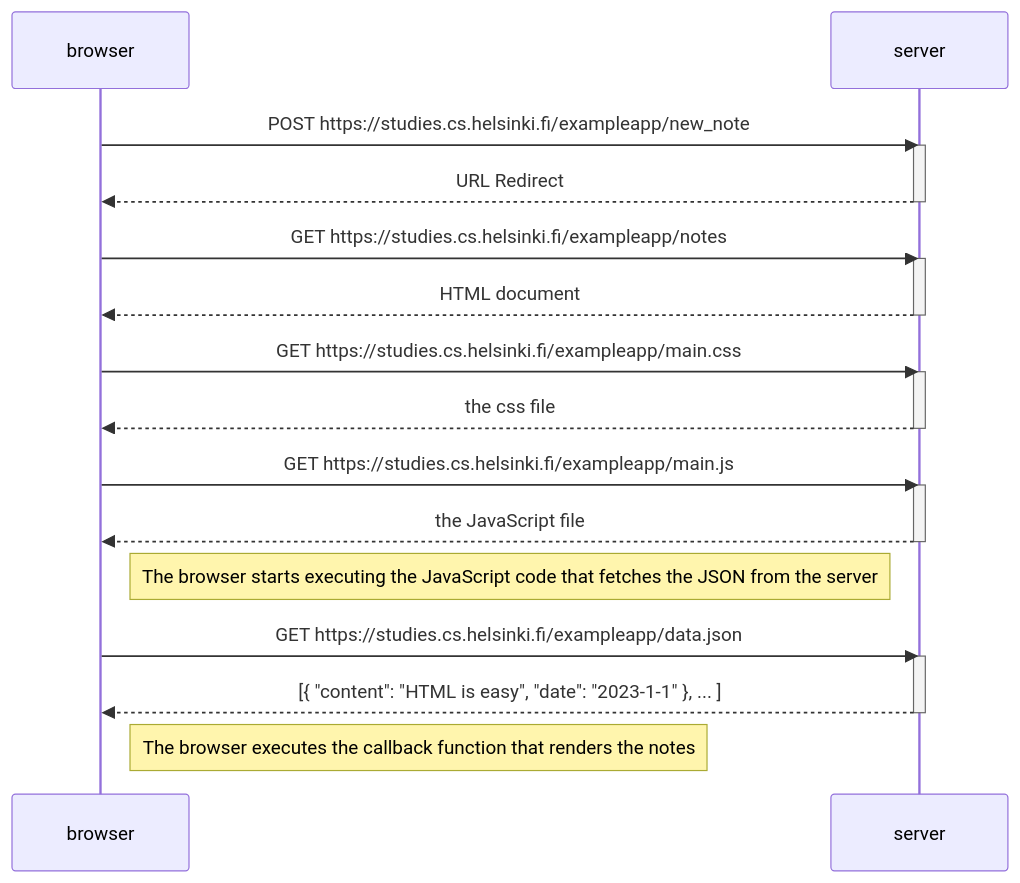
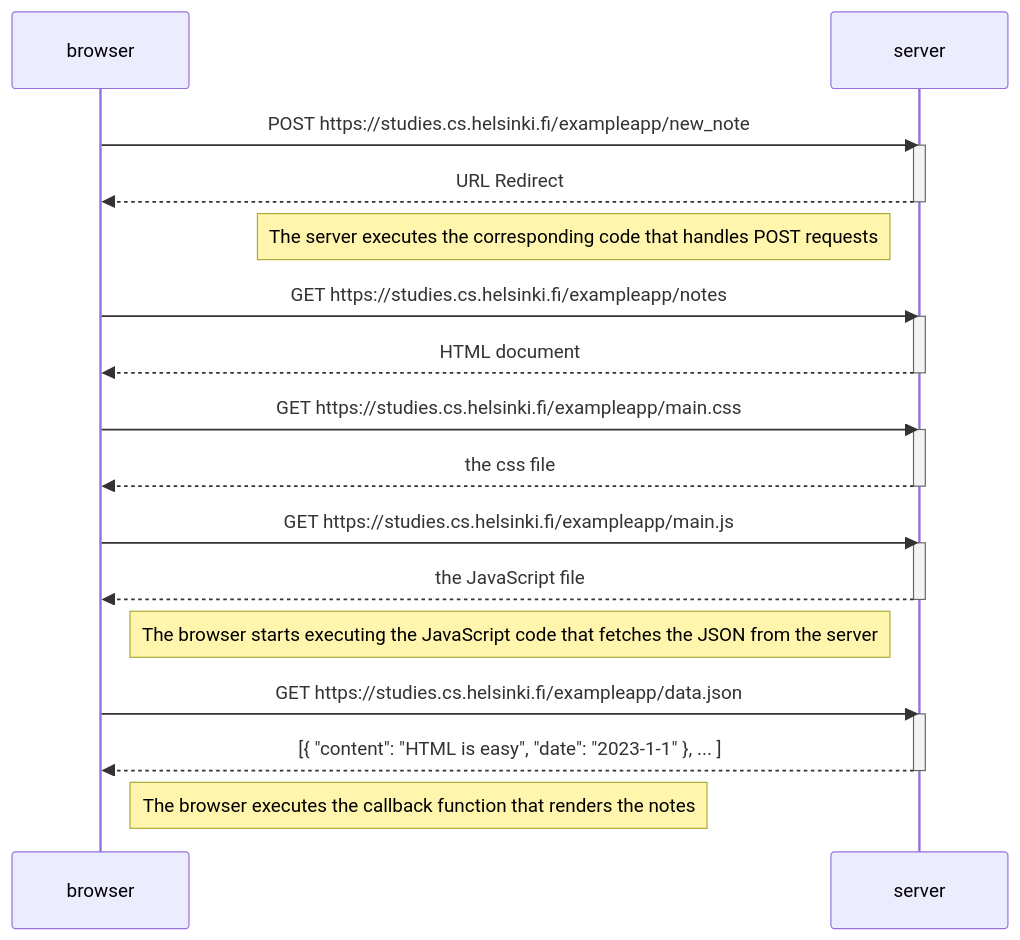
The diagram in part0/0_4Diagram.md (hgao080/full-stack-open), drawn with Mermaid before and after one commit.

Commit message:
Added a server comment

````diff
--- a/part0/0_4Diagram.md
+++ b/part0/0_4Diagram.md
@@ -1,34 +1,36 @@
 ```mermaid
 sequenceDiagram
     participant browser
     participant server
 
     browser->>server: POST https://studies.cs.helsinki.fi/exampleapp/new_note
     activate server
     server-->>browser: URL Redirect
     deactivate server
+
+    Note left of server: The server executes the corresponding code that handles POST requests
 
     browser->>server: GET https://studies.cs.helsinki.fi/exampleapp/notes
     activate server
     server-->>browser: HTML document
     deactivate server
 
     browser->>server: GET https://studies.cs.helsinki.fi/exampleapp/main.css
     activate server
     server-->>browser: the css file
     deactivate server
 
     browser->>server: GET https://studies.cs.helsinki.fi/exampleapp/main.js
     activate server
     server-->>browser: the JavaScript file
     deactivate server
 
     Note right of browser: The browser starts executing the JavaScript code that fetches the JSON from the server
 
     browser->>server: GET https://studies.cs.helsinki.fi/exampleapp/data.json
     activate server
     server-->>browser: [{ "content": "HTML is easy", "date": "2023-1-1" }, ... ]
     deactivate server
 
     Note right of browser: The browser executes the callback function that renders the notes
 ```
````
